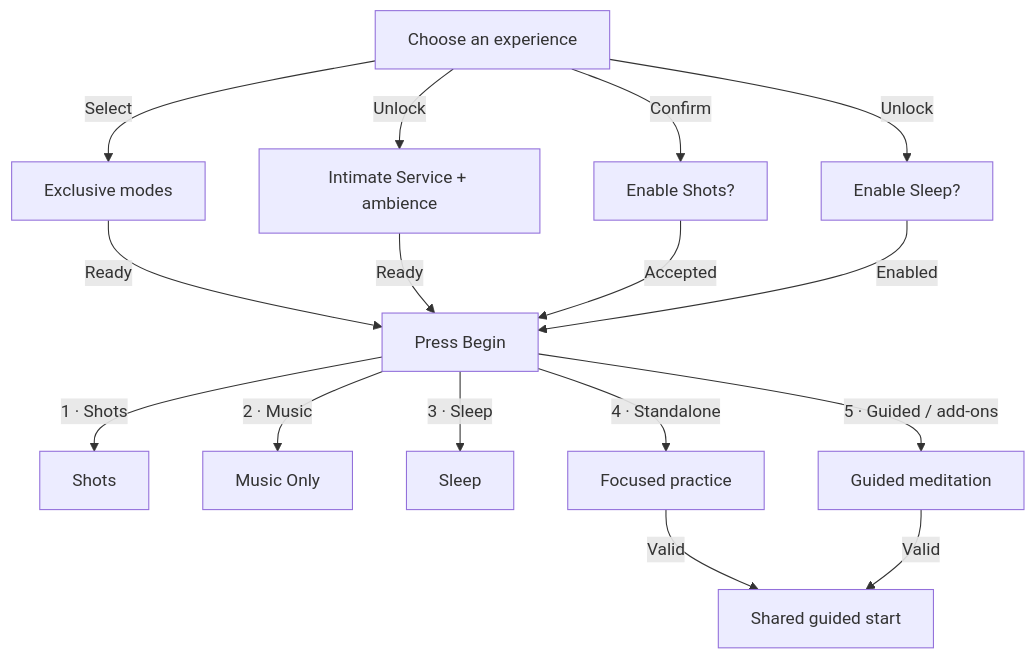
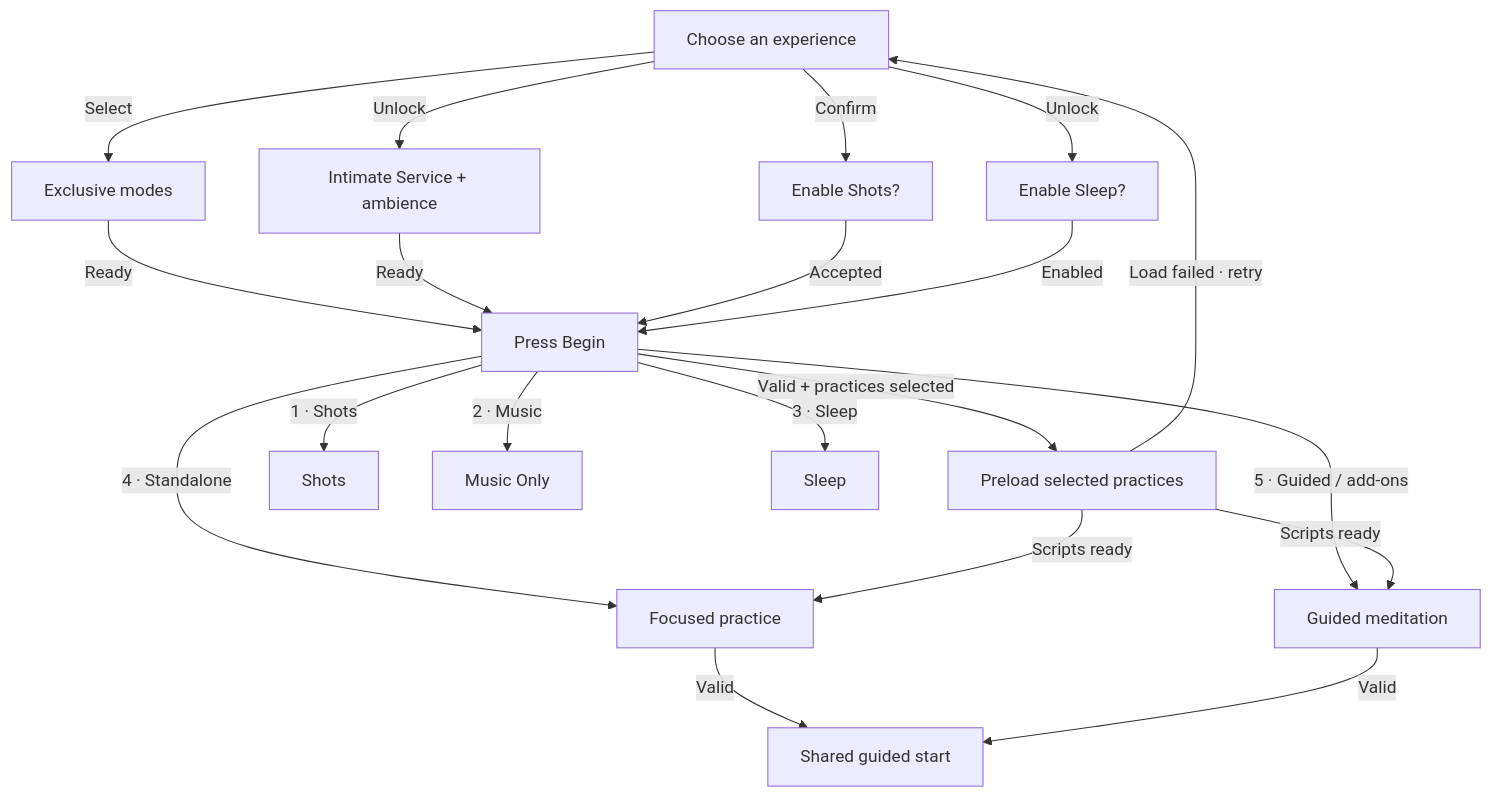
One commit to missionode/lite changed the sixth of 43 diagrams in docs/app-map/FLOW-REFERENCE.md. Above: the diagram before and after it, drawn with Mermaid. The commit also changed other lines of this file and 47 other files, not shown here.

Commit message:
Load selected guided practices on demand

````diff
--- a/docs/app-map/FLOW-REFERENCE.md
+++ b/docs/app-map/FLOW-REFERENCE.md
@@ -326,30 +326,35 @@
 ```mermaid
 flowchart TD
   lobby["Choose an experience"]
   exclusive["Exclusive modes"]
   care["Intimate Service + ambience"]
   shots["Enable Shots?"]
   sleepgate["Enable Sleep?"]
   begin["Press Begin"]
+  preload["Preload selected practices"]
   shot["Shots"]
   music["Music Only"]
   sleep["Sleep"]
   focused["Focused practice"]
   guided["Guided meditation"]
   start["Shared guided start"]
   lobby -->|"Select"| exclusive
   lobby -->|"Unlock"| care
   lobby -->|"Confirm"| shots
   lobby -->|"Unlock"| sleepgate
   exclusive -->|"Ready"| begin
   care -->|"Ready"| begin
   shots -->|"Accepted"| begin
   sleepgate -->|"Enabled"| begin
+  begin -->|"Valid + practices selected"| preload
   begin -->|"1 · Shots"| shot
   begin -->|"2 · Music"| music
   begin -->|"3 · Sleep"| sleep
   begin -->|"4 · Standalone"| focused
   begin -->|"5 · Guided / add-ons"| guided
+  preload -->|"Scripts ready"| focused
+  preload -->|"Scripts ready"| guided
+  preload -->|"Load failed · retry"| lobby
   focused -->|"Valid"| start
   guided -->|"Valid"| start
 ```
````
